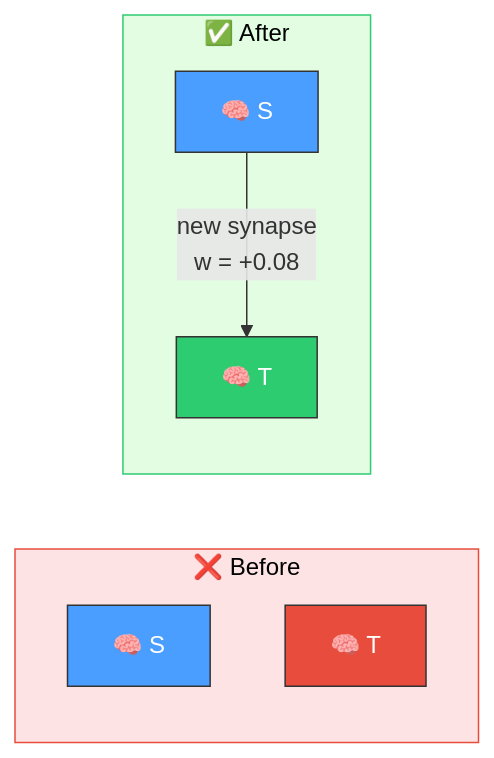
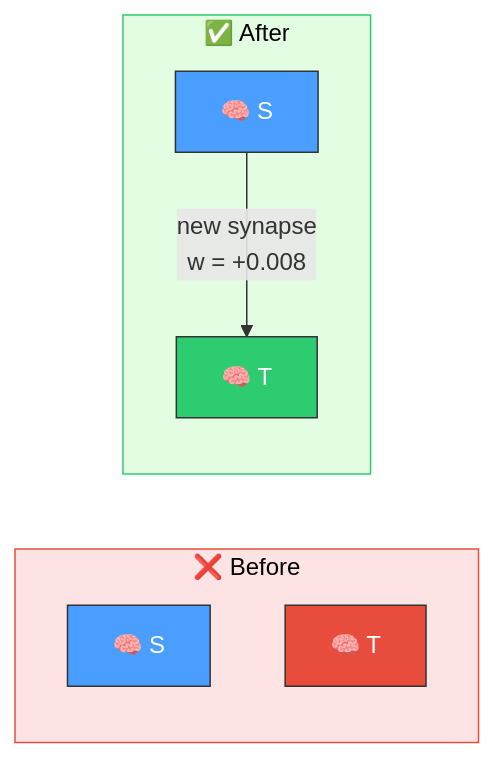
Before and after one commit to stSoftwareAU/NEAT-AI-Discovery: the fourth of 5 diagrams in docs/discoveries/add-synapse.md, drawn with Mermaid. The commit also changed other lines of this file and 9 other files, not shown here.

````diff
--- a/docs/discoveries/add-synapse.md
+++ b/docs/discoveries/add-synapse.md
@@ -115,20 +115,20 @@
 ```mermaid
 graph LR
     subgraph before ["❌ Before"]
         S_b["🧠 S"]
         T_b["🧠 T"]
     end
 
     subgraph after ["✅ After"]
         S_a["🧠 S"]
         T_a["🧠 T"]
-        S_a -- "new synapse<br/>w = +0.08" --> T_a
+        S_a -- "new synapse<br/>w = +0.008" --> T_a
     end
 
     style S_b fill:#4a9eff,stroke:#333,color:#fff
     style T_b fill:#e74c3c,stroke:#333,color:#fff
     style S_a fill:#4a9eff,stroke:#333,color:#fff
     style T_a fill:#2ecc71,stroke:#333,color:#fff
     style before fill:#fde3e3,stroke:#e74c3c,color:#000
     style after fill:#e3fde3,stroke:#2ecc71,color:#000
 ```
````
